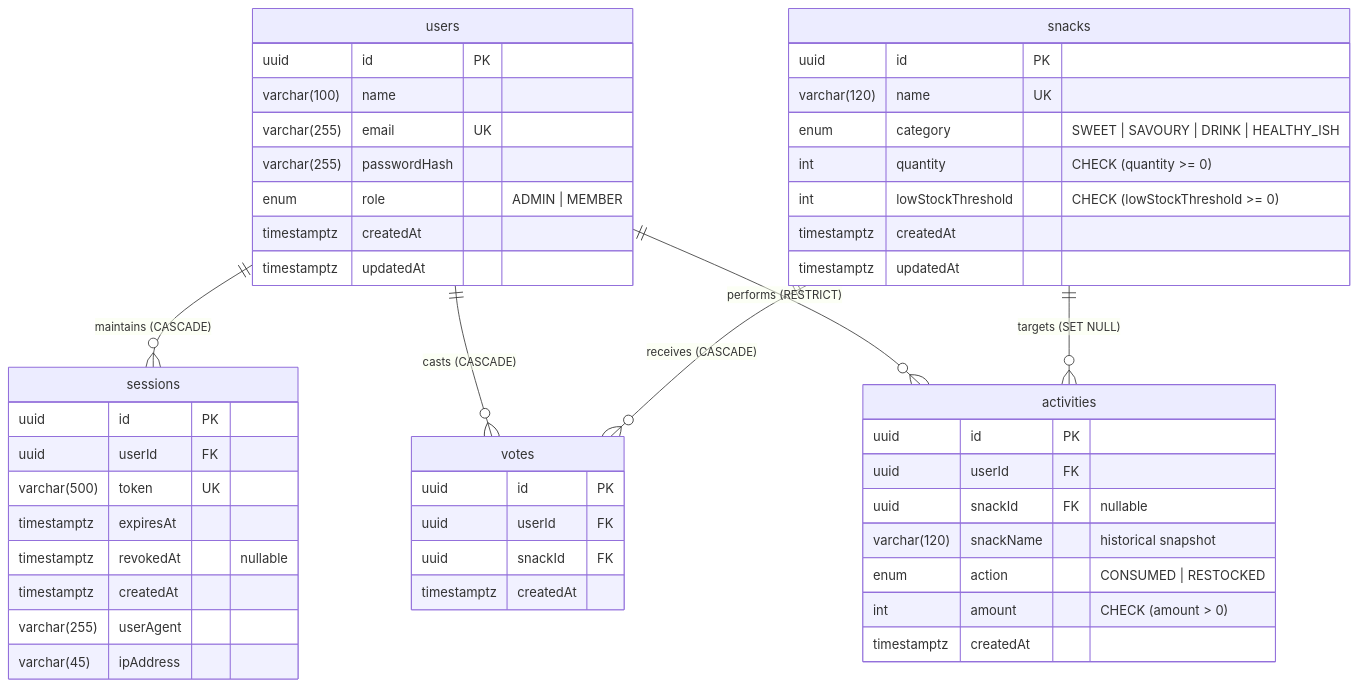
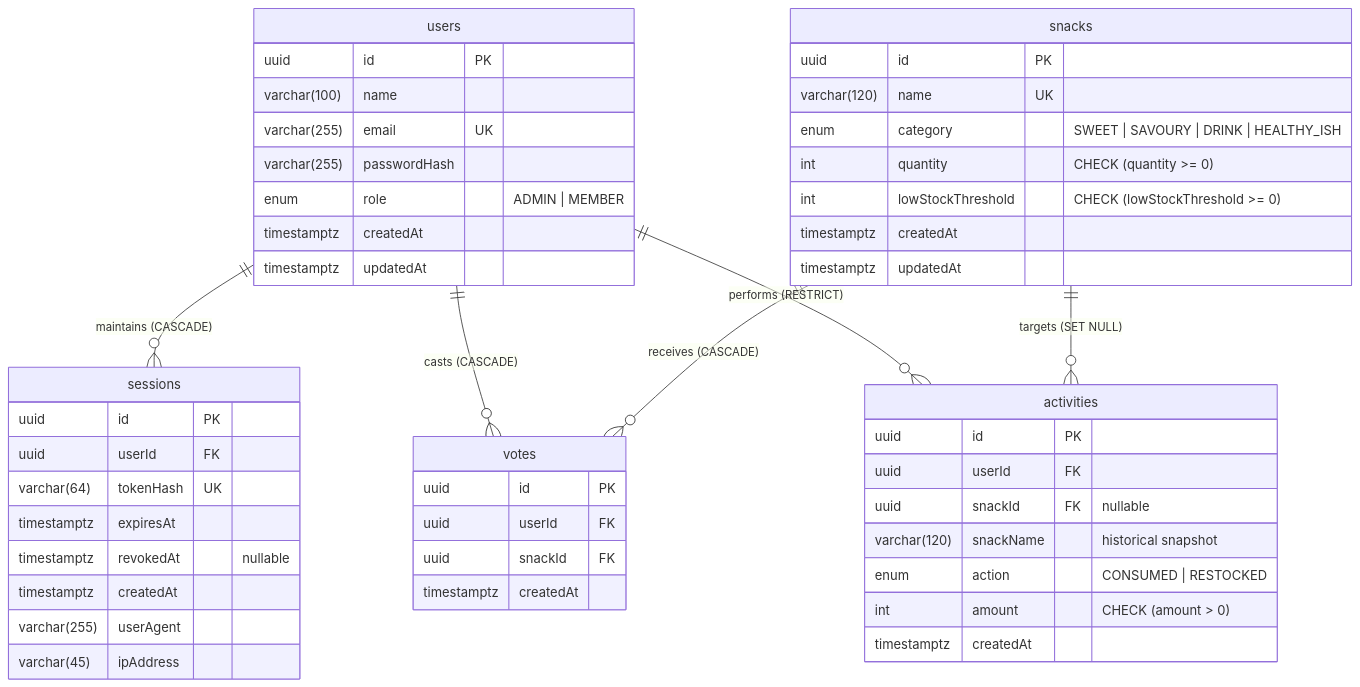
One commit to SanjayKumarHM13/snack_overflow changed the diagram in docs/DATABASE.md. Above: the diagram before and after it, drawn with Mermaid. The commit also changed other lines of this file and 6 other files, not shown here.

````diff
--- a/docs/DATABASE.md
+++ b/docs/DATABASE.md
@@ -10,56 +10,56 @@
 ```mermaid
 erDiagram
     users ||--o{ sessions : "maintains (CASCADE)"
     users ||--o{ votes : "casts (CASCADE)"
     users ||--o{ activities : "performs (RESTRICT)"
     snacks ||--o{ votes : "receives (CASCADE)"
     snacks ||--o{ activities : "targets (SET NULL)"
 
     users {
         uuid id PK
         varchar(100) name
         varchar(255) email UK
         varchar(255) passwordHash
         enum role "ADMIN | MEMBER"
         timestamptz createdAt
         timestamptz updatedAt
     }
 
     sessions {
         uuid id PK
         uuid userId FK
-        varchar(500) token UK
+        varchar(64) tokenHash UK
         timestamptz expiresAt
         timestamptz revokedAt "nullable"
         timestamptz createdAt
         varchar(255) userAgent
         varchar(45) ipAddress
     }
 
     snacks {
         uuid id PK
         varchar(120) name UK
         enum category "SWEET | SAVOURY | DRINK | HEALTHY_ISH"
         int quantity "CHECK (quantity >= 0)"
         int lowStockThreshold "CHECK (lowStockThreshold >= 0)"
         timestamptz createdAt
         timestamptz updatedAt
     }
 
     votes {
         uuid id PK
         uuid userId FK
         uuid snackId FK
         timestamptz createdAt
     }
 
     activities {
         uuid id PK
         uuid userId FK
         uuid snackId FK "nullable"
         varchar(120) snackName "historical snapshot"
         enum action "CONSUMED | RESTOCKED"
         int amount "CHECK (amount > 0)"
         timestamptz createdAt
     }
 ```
````
